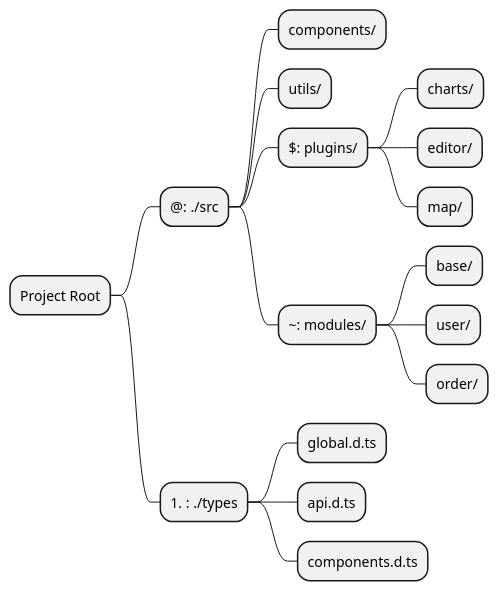
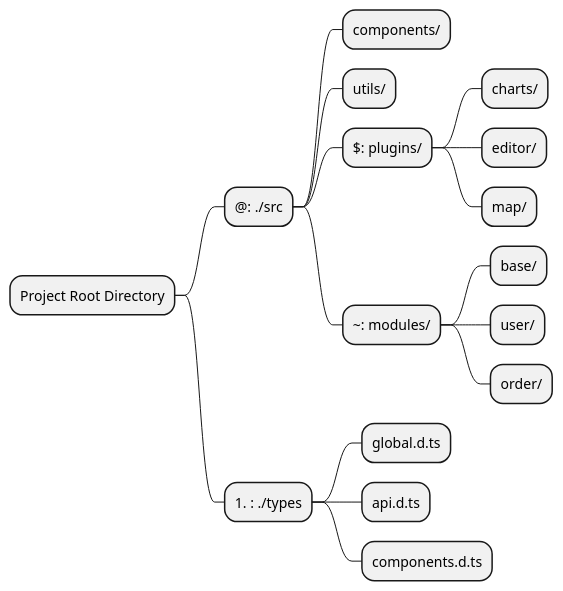
One commit to mineadmin/doc-v3 changed the fourth of 5 diagrams in docs/en/front/base/concept.md. Above: the diagram before and after it, drawn with PlantUML. The commit also changed other lines of this file and 225 other files, not shown here.

````diff
--- a/docs/en/front/base/concept.md
+++ b/docs/en/front/base/concept.md
@@ -446,20 +266,20 @@
 ```plantuml
 @startmindmap
-* Project Root
+* Project Root Directory
 ** @: ./src
 *** components/
 *** utils/
 *** $: plugins/
 **** charts/
 **** editor/
 **** map/
 *** ~: modules/
 **** base/
 **** user/
 **** order/
 ** #: ./types
 *** global.d.ts
 *** api.d.ts
 *** components.d.ts
 @endmindmap
 ```
````
